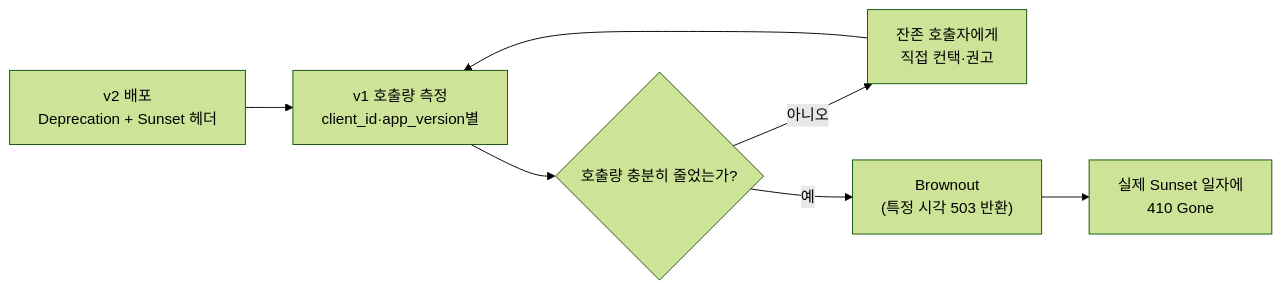
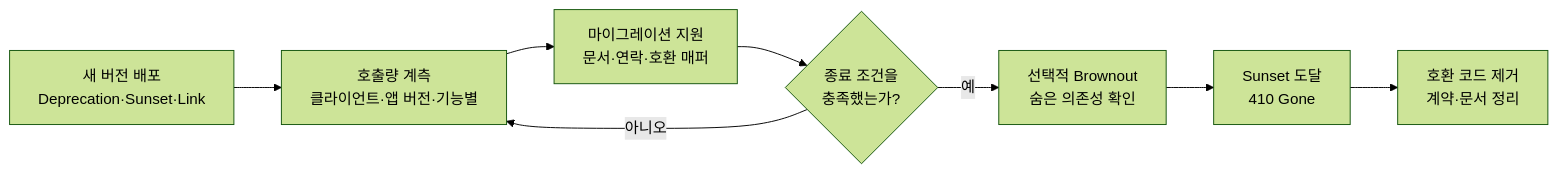
One commit to jon890/fos-study changed the second of 5 diagrams in architecture/api-versioning-backward-compatibility.md. Above: the diagram before and after it, drawn with Mermaid (forest theme). The commit also changed other lines of this file and 3 other files, not shown here.

Commit message:
docs(architecture): consolidate api versioning guides

````diff
--- a/architecture/api-versioning-backward-compatibility.md
+++ b/architecture/api-versioning-backward-compatibility.md
@@ -197,9 +344,10 @@
 ```mermaid
 flowchart LR
-    A["v2 배포<br/>Deprecation + Sunset 헤더"] --> B["v1 호출량 측정<br/>client_id·app_version별"]
-    B --> C{"호출량 충분히 줄었는가?"}
-    C -->|"아니오"| D["잔존 호출자에게<br/>직접 컨택·권고"]
-    D --> B
-    C -->|"예"| E["Brownout<br/>(특정 시각 503 반환)"]
-    E --> F["실제 Sunset 일자에<br/>410 Gone"]
+    A["새 버전 배포<br/>Deprecation·Sunset·Link"] --> B["호출량 계측<br/>클라이언트·앱 버전·기능별"]
+    B --> C["마이그레이션 지원<br/>문서·연락·호환 매퍼"]
+    C --> D{"종료 조건을<br/>충족했는가?"}
+    D -->|"아니오"| B
+    D -->|"예"| E["선택적 Brownout<br/>숨은 의존성 확인"]
+    E --> F["Sunset 도달<br/>410 Gone"]
+    F --> G["호환 코드 제거<br/>계약·문서 정리"]
 ```
````
